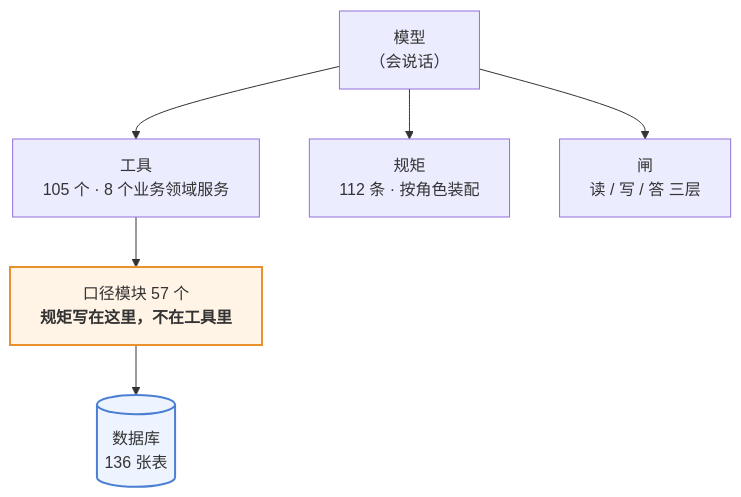
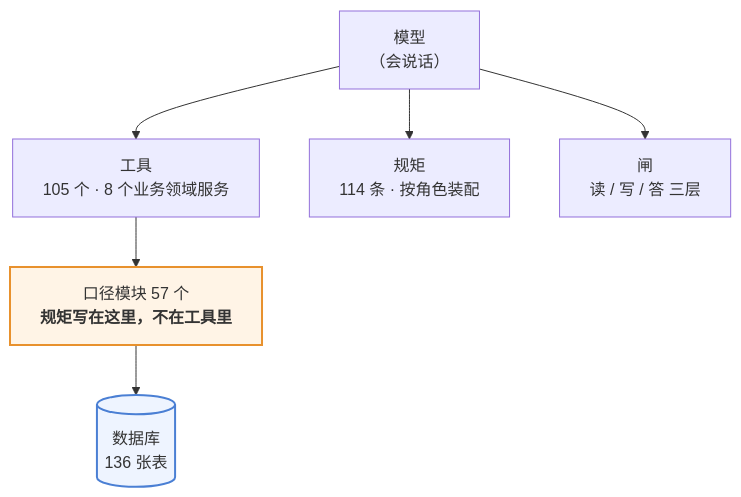
Before and after one commit to 843773296-rgb/lanxiu-yunshang-agent: the first of 3 diagrams in 澜绣云裳agent-产品说明.md, drawn with Mermaid. The commit also changed other lines of this file and 7 other files, not shown here.

````diff
--- a/澜绣云裳agent-产品说明.md
+++ b/澜绣云裳agent-产品说明.md
@@ -62,12 +62,12 @@
 ```mermaid
 flowchart TD
     M["模型<br/>（会说话）"]
     M --> T["工具<br/>105 个 · 8 个业务领域服务"]
-    M --> R["规矩<br/>112 条 · 按角色装配"]
+    M --> R["规矩<br/>114 条 · 按角色装配"]
     M --> G["闸<br/>读 / 写 / 答 三层"]
     T --> K["口径模块 57 个<br/><b>规矩写在这里，不在工具里</b>"]
     K --> DB[("数据库<br/>136 张表")]
 
     style K fill:#fff4e6,stroke:#e8912d,stroke-width:2px
     style DB fill:#eef4ff,stroke:#4a7fd4,stroke-width:2px
 ```
````
